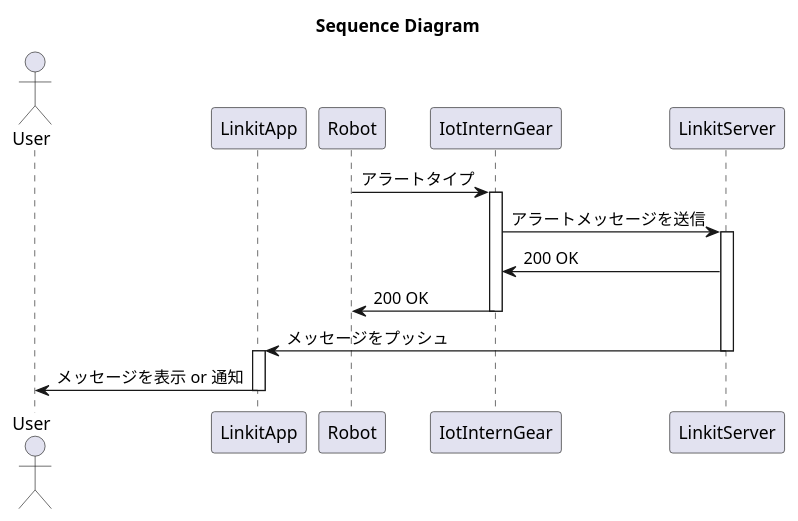
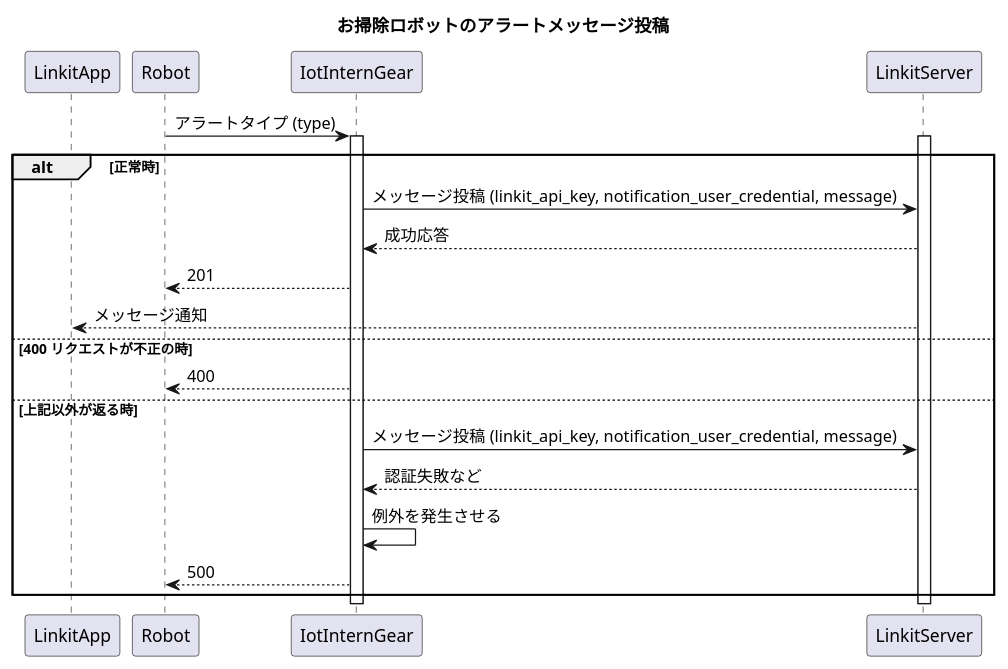
Before and after one commit to access-company/IoTIntern: the diagram in doc/sequence.puml, drawn with PlantUML. The commit also changed 6 other files, not shown here.

```diff
--- a/doc/sequence.puml
+++ b/doc/sequence.puml
@@ -1,24 +1,27 @@
 @startuml SequenceDiagram
-title: Sequence Diagram
+title: お掃除ロボットのアラートメッセージ投稿
 
-actor User
 participant LinkitApp
 participant Robot
 participant IotInternGear
 participant LinkitServer
 
-Robot -> IotInternGear: アラートタイプ
+Robot -> IotInternGear: アラートタイプ (type)
 activate IotInternGear
-IotInternGear -> LinkitServer: アラートメッセージを送信
 activate LinkitServer
-LinkitServer -> IotInternGear: 200 OK
-IotInternGear -> Robot: 200 OK
+alt 正常時
+    IotInternGear -> LinkitServer: メッセージ投稿 (linkit_api_key, notification_user_credential, message)
+    IotInternGear <-- LinkitServer: 成功応答
+    Robot <-- IotInternGear: 201
+    LinkitApp <-- LinkitServer: メッセージ通知
+else 400 リクエストが不正の時
+    Robot <-- IotInternGear: 400
+else 上記以外が返る時
+    IotInternGear -> LinkitServer: メッセージ投稿 (linkit_api_key, notification_user_credential, message)
+    IotInternGear <-- LinkitServer: 認証失敗など
+    IotInternGear -> IotInternGear: 例外を発生させる
+    Robot <-- IotInternGear: 500
+end
 deactivate IotInternGear
-
-LinkitServer -> LinkitApp: メッセージをプッシュ
 deactivate LinkitServer
-activate LinkitApp
-LinkitApp -> User: メッセージを表示 or 通知
-deactivate LinkitApp
-
 @enduml
```
